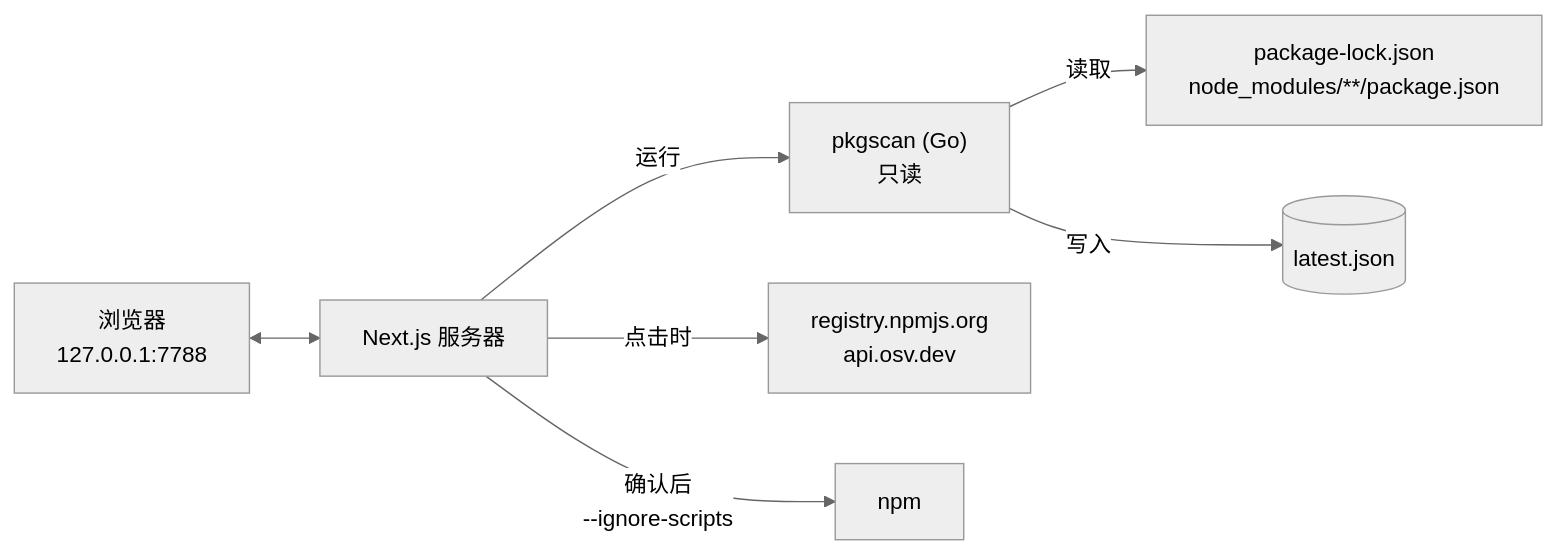
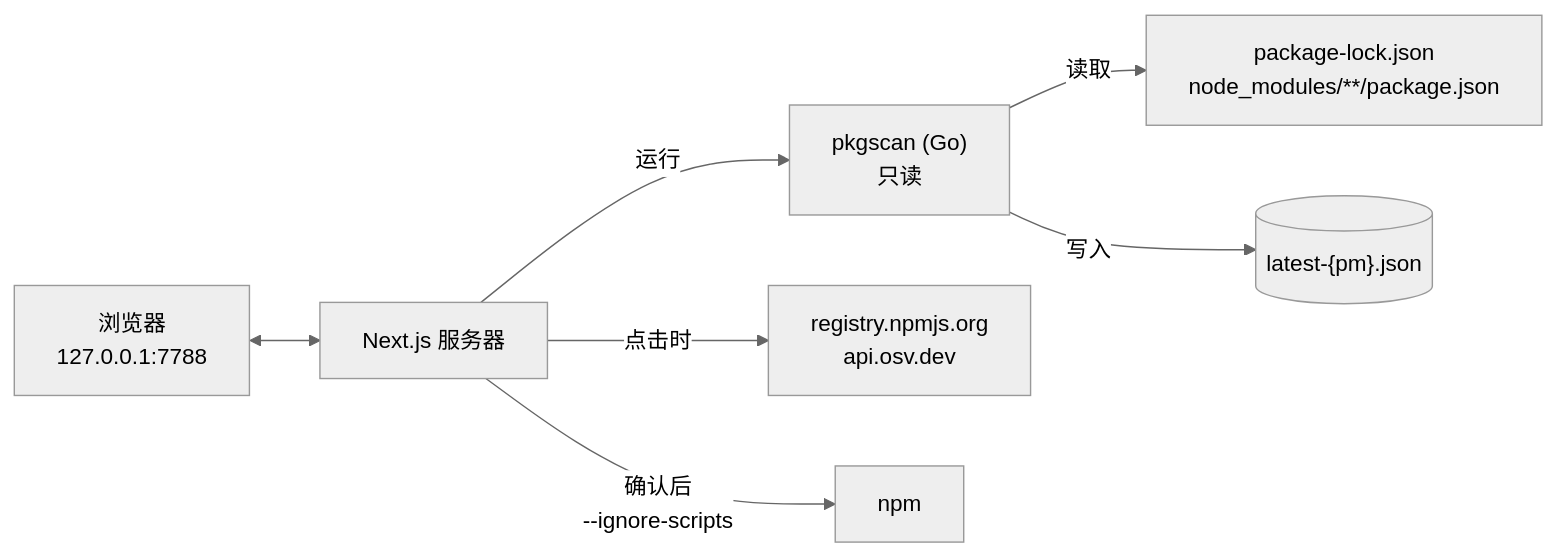
One commit to phanhuyyy/libpack-guard changed the second of 2 diagrams in README.zh-CN.md. Above: the diagram before and after it, drawn with Mermaid (neutral theme). The commit also changed other lines of this file and 50 other files, not shown here.

````diff
--- a/README.zh-CN.md
+++ b/README.zh-CN.md
@@ -55,9 +57,9 @@
 ```mermaid
 flowchart LR
     UI["浏览器<br/>127.0.0.1:7788"] <--> S["Next.js 服务器"]
     S -- "运行" --> A["pkgscan (Go)<br/>只读"]
     A -- "读取" --> P["package-lock.json<br/>node_modules/**/package.json"]
-    A -- "写入" --> D[("latest.json")]
+    A -- "写入" --> D[("latest-{pm}.json")]
     S -- "点击时" --> N["registry.npmjs.org<br/>api.osv.dev"]
     S -- "确认后<br/>--ignore-scripts" --> NPM["npm"]
 ```
````
